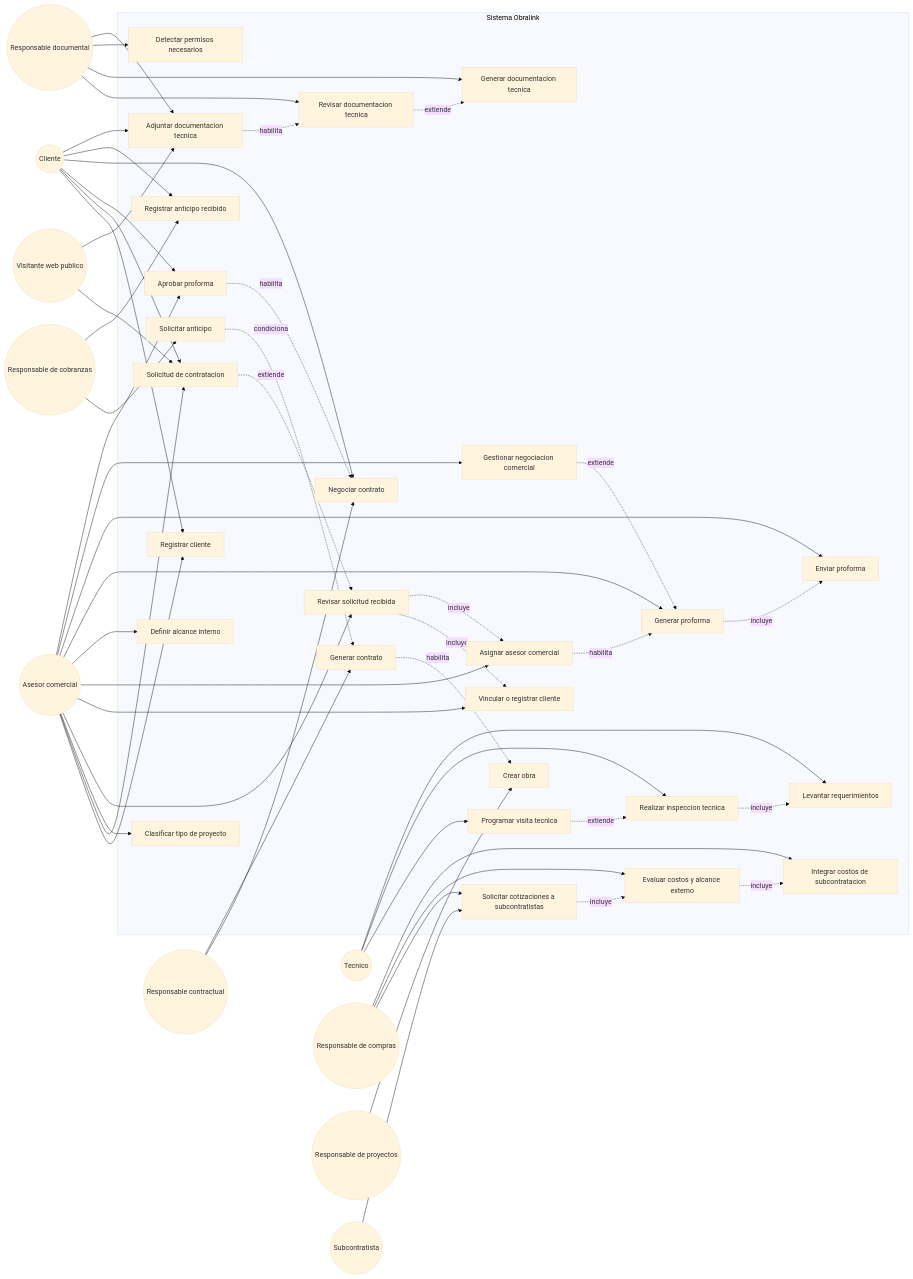
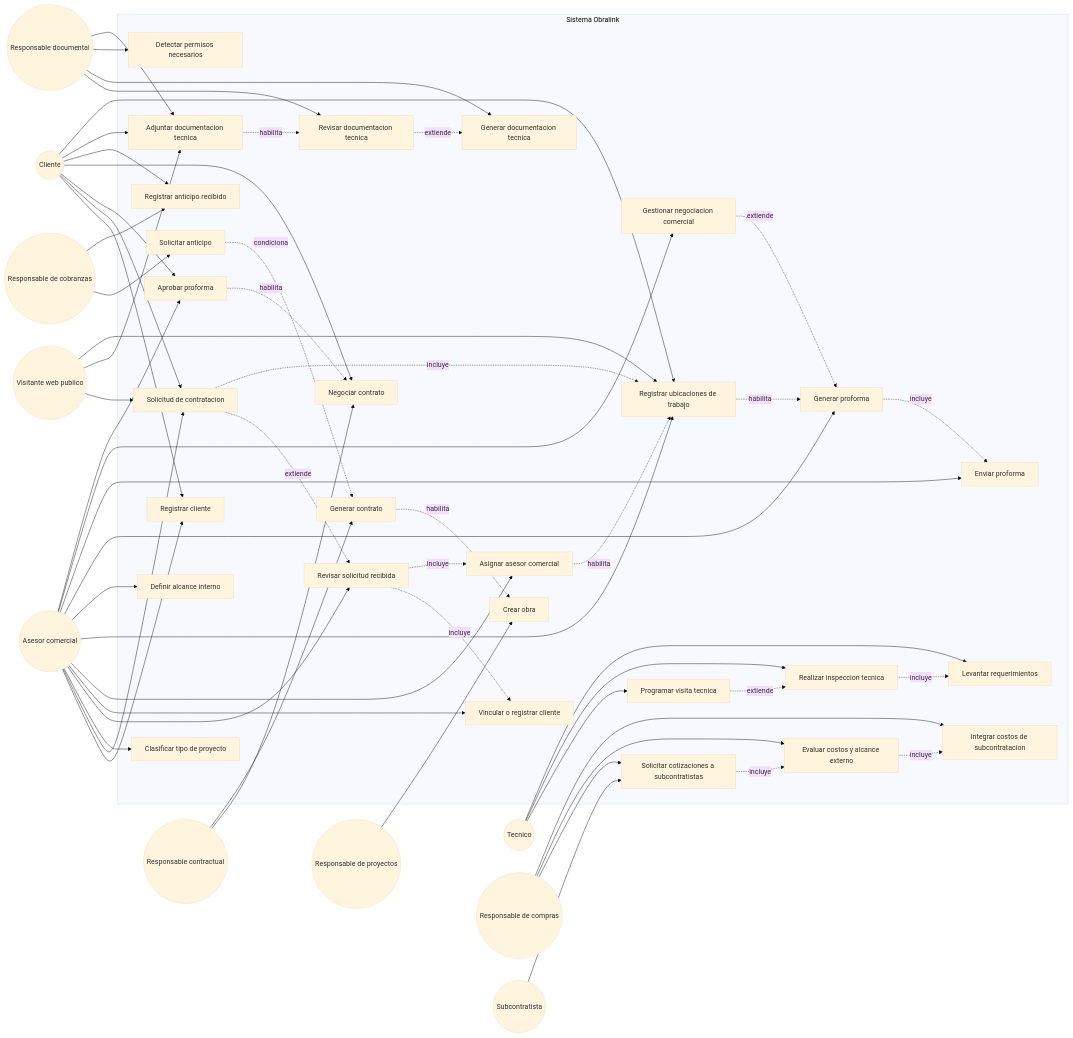
One commit to apaul6dev/obralink-backend changed the second of 3 diagrams in Logica.md. Above: the diagram before and after it, drawn with Mermaid (base theme). The commit also changed other lines of this file and 1 other file, not shown here.

```diff
--- a/Logica.md
+++ b/Logica.md
@@ -137,6 +138,7 @@
         UC24[Vincular o registrar cliente]
         UC25[Asignar asesor comercial]
         UC26[Adjuntar documentacion tecnica]
+        UC27[Registrar ubicaciones de trabajo]
     end
 
     Cliente --> UC1
@@ -145,8 +147,10 @@
     Cliente --> UC18
     Cliente --> UC20
     Cliente --> UC26
+    Cliente --> UC27
     Visitante --> UC2
     Visitante --> UC26
+    Visitante --> UC27
 
     Asesor --> UC1
     Asesor --> UC2
@@ -154,6 +158,7 @@
     Asesor --> UC23
     Asesor --> UC24
     Asesor --> UC25
+    Asesor --> UC27
     Asesor --> UC13
     Asesor --> UC14
     Asesor --> UC15
@@ -185,7 +190,9 @@
     UC2 -. extiende .-> UC23
     UC23 -. incluye .-> UC24
     UC23 -. incluye .-> UC25
-    UC25 -. habilita .-> UC14
+    UC2 -. incluye .-> UC27
+    UC27 -. habilita .-> UC14
+    UC25 -. habilita .-> UC27
     UC26 -. habilita .-> UC7
     UC4 -. extiende .-> UC5
     UC5 -. incluye .-> UC6
```
